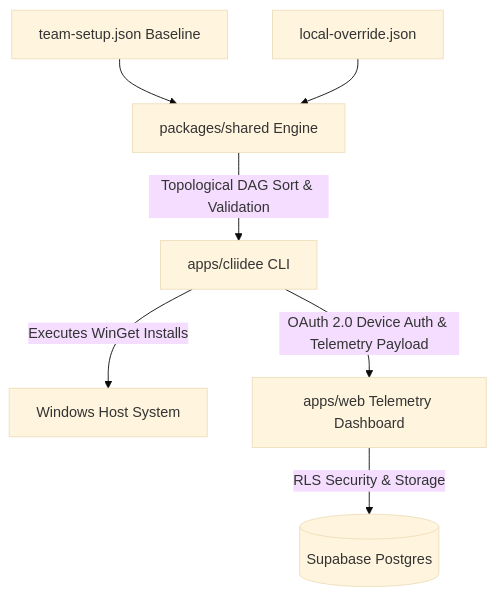
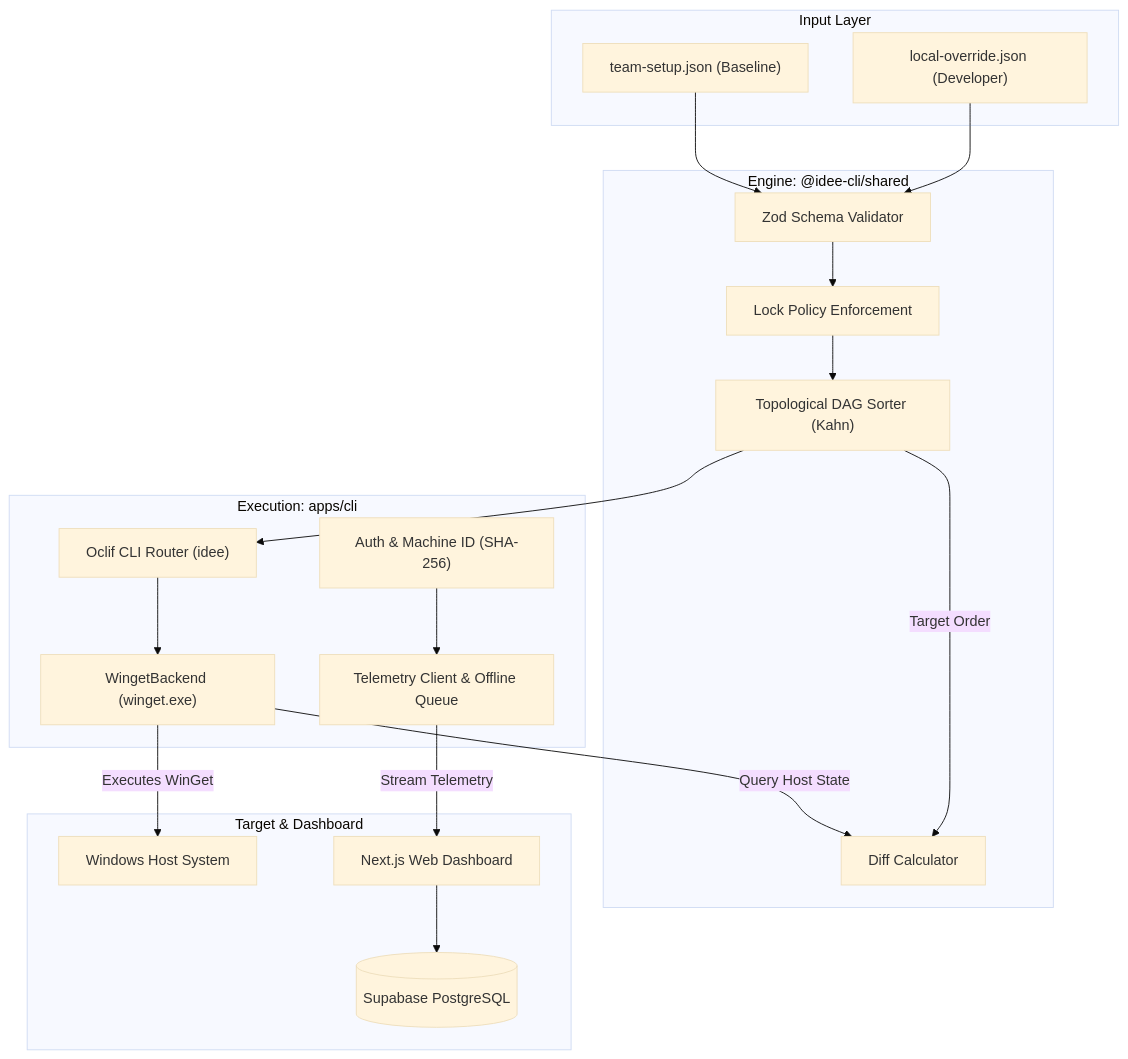
The first of 2 diagrams in README.md (Hazy019/idee-cli), drawn with Mermaid (base theme) before and after one commit. The commit also changed other lines of this file, not shown here.

Commit message:
docs: update README with architecture diagrams, refined feature descriptions, and updated CLI command documentation

````diff
--- a/README.md
+++ b/README.md
@@ -39,9 +65,40 @@
 ```mermaid
 graph TD
-    A[team-setup.json Baseline] --> C[packages/shared Engine]
-    B[local-override.json] --> C
-    C -->|Topological DAG Sort & Validation| D[apps/cliidee CLI]
-    D -->|Executes WinGet Installs| E[Windows Host System]
-    D -->|OAuth 2.0 Device Auth & Telemetry Payload| F[apps/web Telemetry Dashboard]
-    F -->|RLS Security & Storage| G[(Supabase Postgres)]
+    subgraph "Input Layer"
+        TB["team-setup.json (Baseline)"]
+        LO["local-override.json (Developer)"]
+    end
+
+    subgraph "Engine: @idee-cli/shared"
+        ZOD["Zod Schema Validator"]
+        LOCK["Lock Policy Enforcement"]
+        DAG["Topological DAG Sorter (Kahn)"]
+        DIFF["Diff Calculator"]
+    end
+
+    subgraph "Execution: apps/cli"
+        CMD["Oclif CLI Router (idee)"]
+        WINGET["WingetBackend (winget.exe)"]
+        AUTH["Auth & Machine ID (SHA-256)"]
+        TEL["Telemetry Client & Offline Queue"]
+    end
+
+    subgraph "Target & Dashboard"
+        WIN["Windows Host System"]
+        WEB["Next.js Web Dashboard"]
+        DB[("Supabase PostgreSQL")]
+    end
+
+    TB --> ZOD
+    LO --> ZOD
+    ZOD --> LOCK
+    LOCK --> DAG
+    DAG --> CMD
+    WINGET -->|Query Host State| DIFF
+    DAG -->|Target Order| DIFF
+    CMD --> WINGET
+    WINGET -->|Executes WinGet| WIN
+    AUTH --> TEL
+    TEL -->|Stream Telemetry| WEB
+    WEB --> DB
 ```
````
